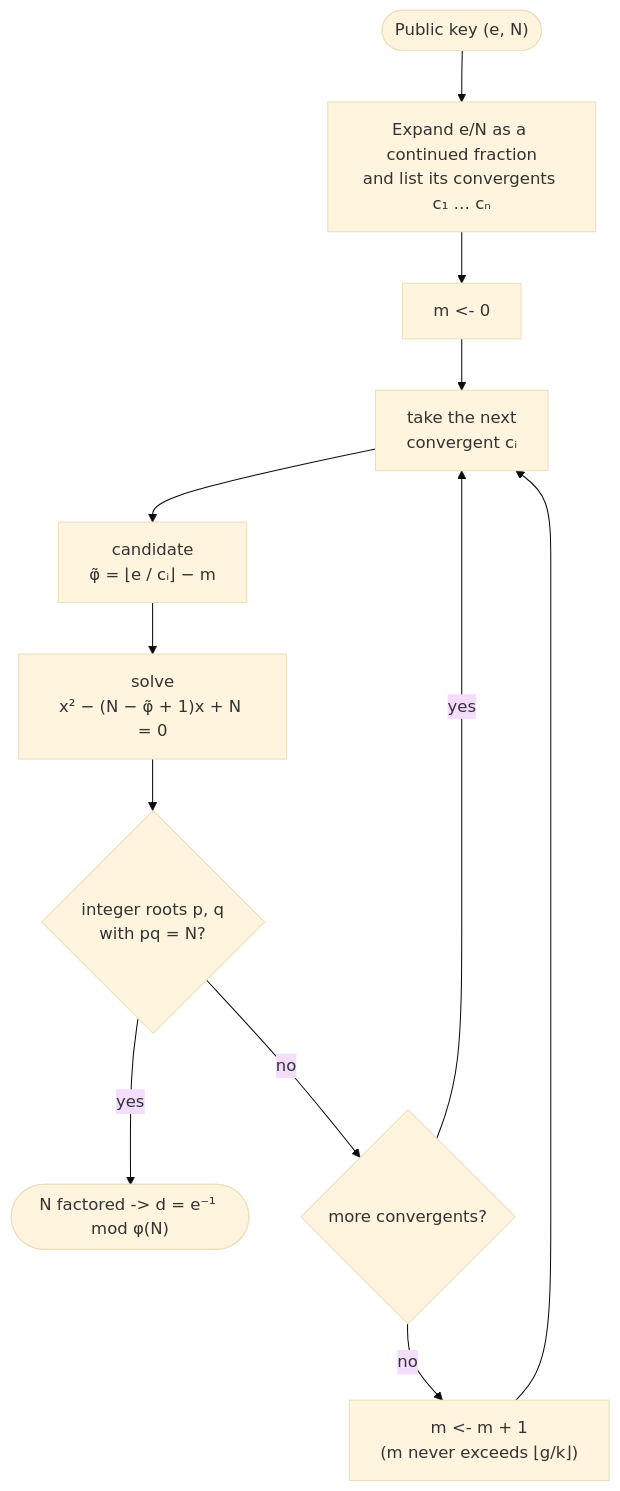
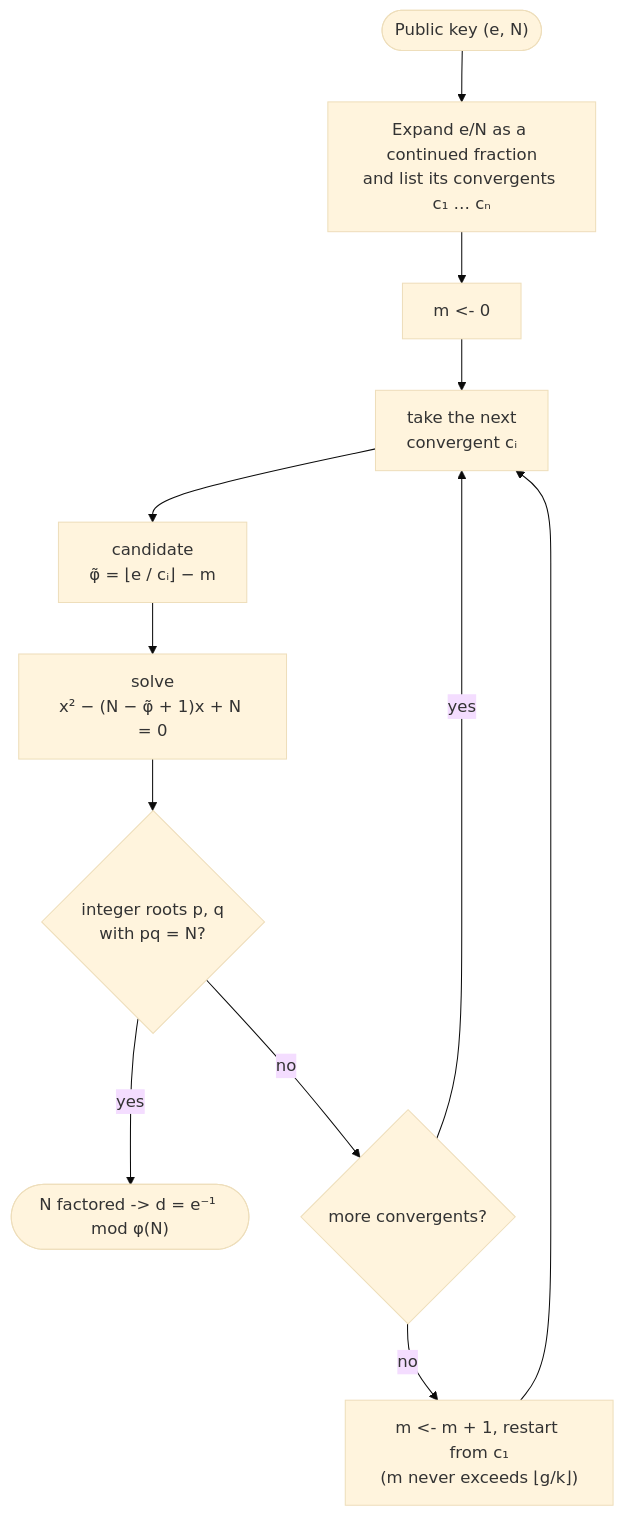
One commit to matteogiorgi/wiener changed the third of 3 diagrams in README.md. Above: the diagram before and after it, drawn with Mermaid (base theme). The commit also changed other lines of this file, not shown here.

````diff
--- a/README.md
+++ b/README.md
@@ -192,14 +194,14 @@
 ```mermaid
 flowchart TD
     S(["Public key (e, N)"]) --> CF["Expand e/N as a continued fraction<br/>and list its convergents c₁ … cₙ"]
     CF --> M["m <- 0"]
     M --> I["take the next<br/>convergent cᵢ"]
     I --> PHI["candidate<br/>φ̃ = ⌊e / cᵢ⌋ − m"]
     PHI --> Q["solve<br/>x² − (N − φ̃ + 1)x + N = 0"]
     Q --> T{"integer roots p, q<br/>with pq = N?"}
     T -- yes --> OK(["N factored -> d = e⁻¹ mod φ(N)"])
     T -- no --> MORE{"more convergents?"}
     MORE -- yes --> I
-    MORE -- no --> INC["m <- m + 1<br/>(m never exceeds ⌊g/k⌋)"]
+    MORE -- no --> INC["m <- m + 1, restart from c₁<br/>(m never exceeds ⌊g/k⌋)"]
     INC --> I
 ```
````
